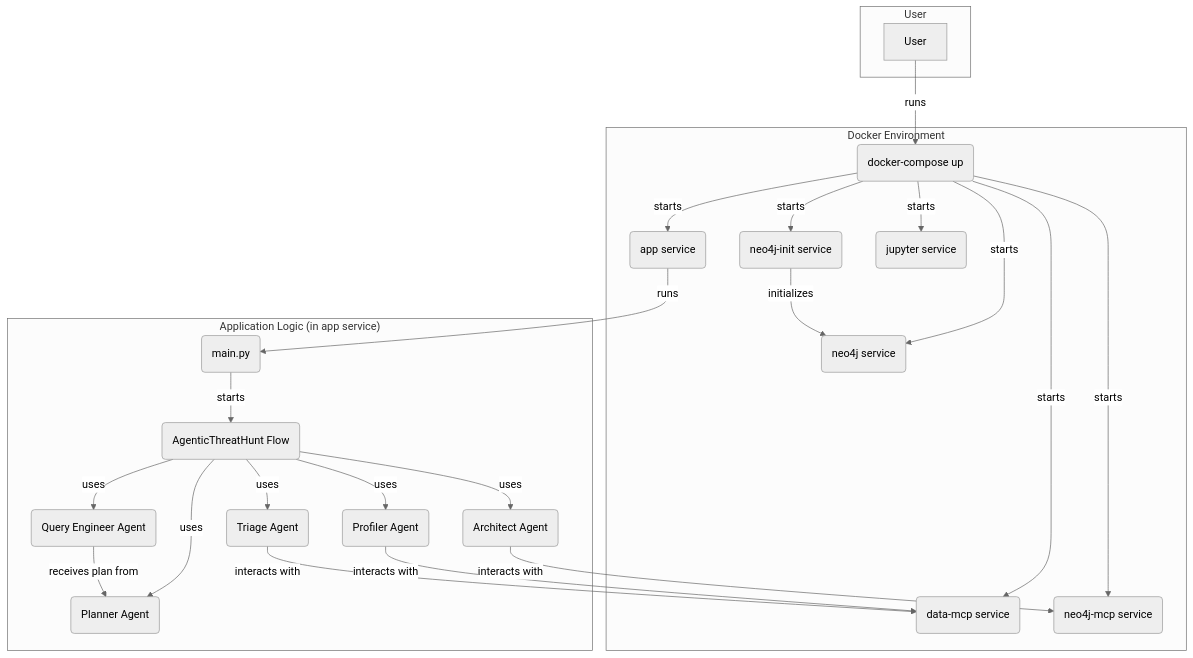
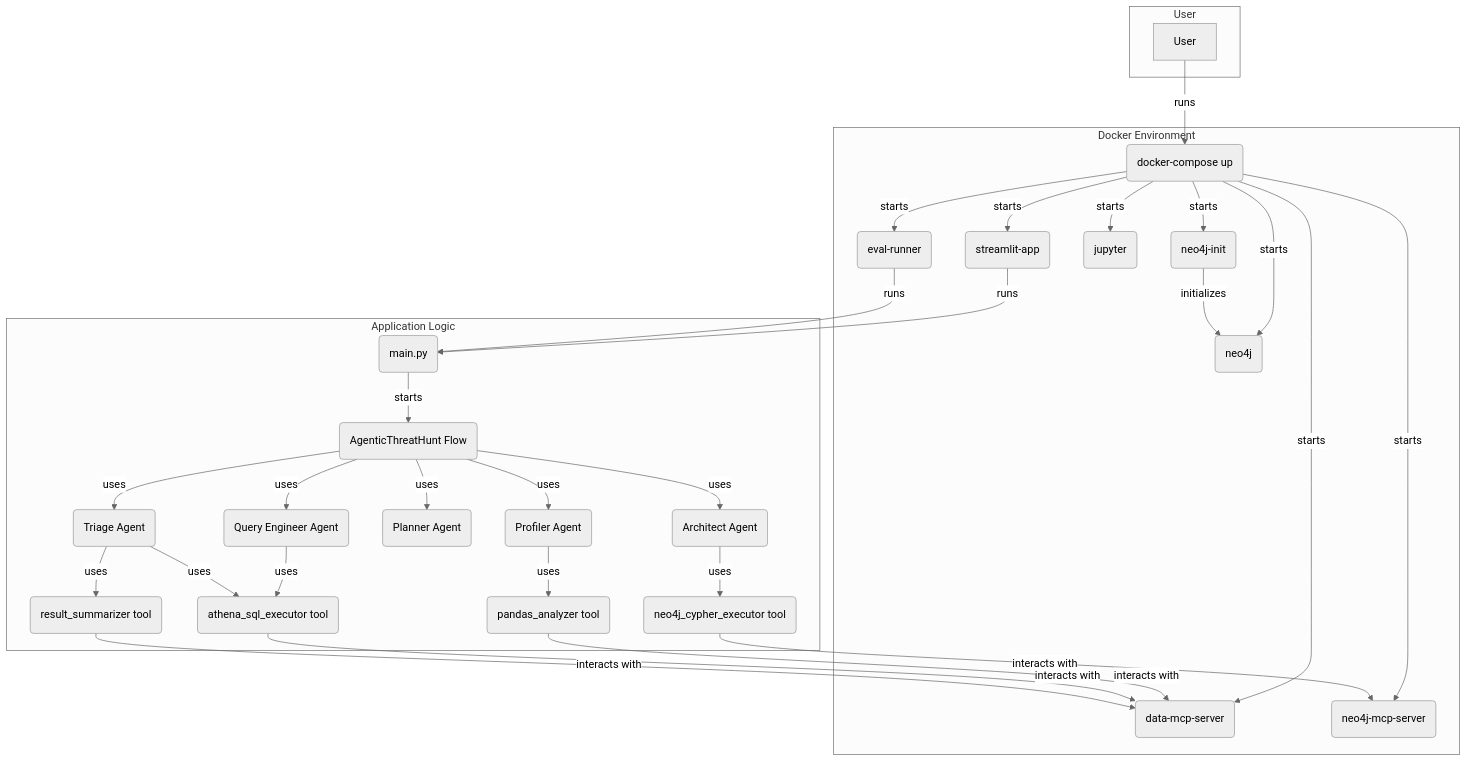
The diagram in docs/architecture.mmd (vishnupriyavr/ai-threat-hunting-query-generation), drawn with Mermaid (neutral theme) before and after one commit.

Commit message:
Latest architecture diagram

````diff
--- a/docs/architecture.mmd
+++ b/docs/architecture.mmd
@@ -1,50 +1,56 @@
 ```mermaid
 graph TD
     subgraph User
         A[User]
     end
 
     subgraph "Docker Environment"
         B(docker-compose up)
-        C(app service)
-        D(data-mcp service)
-        E(neo4j-mcp service)
-        F(neo4j service)
-        G(neo4j-init service)
-        H(jupyter service)
+        C(streamlit-app)
+        D(data-mcp-server)
+        E(neo4j-mcp-server)
+        F(neo4j)
+        G(neo4j-init)
+        H(jupyter)
+        P(eval-runner)
     end
 
-    subgraph "Application Logic (in app service)"
+    subgraph "Application Logic"
         I(main.py)
         J(AgenticThreatHunt Flow)
         K(Profiler Agent)
         L(Architect Agent)
         M(Planner Agent)
         N(Query Engineer Agent)
         O(Triage Agent)
+        S(pandas_analyzer tool)
+        T(neo4j_cypher_executor tool)
+        U(athena_sql_executor tool)
+        V(result_summarizer tool)
     end
 
     A -- runs --> B
-    B -- starts --> C
-    B -- starts --> D
-    B -- starts --> E
-    B -- starts --> F
-    B -- starts --> G
-    B -- starts --> H
+    B -- starts --> C & D & E & F & G & H & P
 
     G -- initializes --> F
     C -- runs --> I
+    P -- runs --> I
+
     I -- starts --> J
 
     J -- uses --> K
     J -- uses --> L
     J -- uses --> M
     J -- uses --> N
     J -- uses --> O
 
-    K -- interacts with --> D
-    L -- interacts with --> E
-    N -- receives plan from --> M
-    O -- interacts with --> D
+    K -- uses --> S
+    L -- uses --> T
+    N -- uses --> U
+    O -- uses --> U & V
 
+    S -- interacts with --> D
+    T -- interacts with --> E
+    U -- interacts with --> D
+    V -- interacts with --> D
 ```
````
